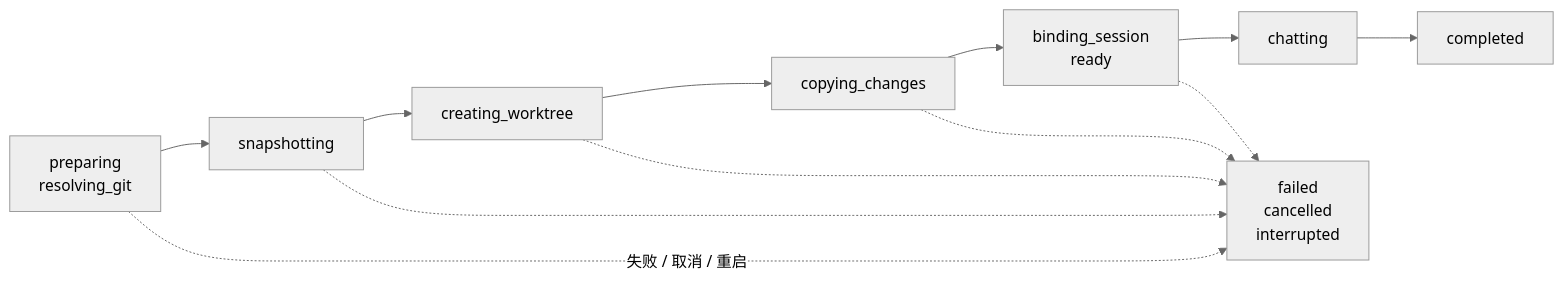
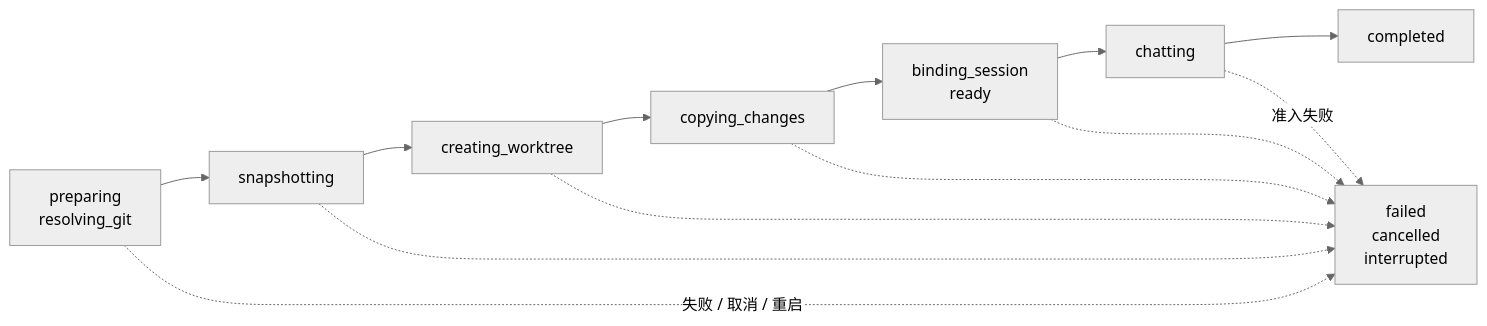
The fourth of 4 diagrams in docs/architecture/agent/worktree.md (shiwenwen/hope-agent), drawn with Mermaid (neutral theme) before and after one commit. The commit also changed other lines of this file and 9 other files, not shown here.

````diff
--- a/docs/architecture/agent/worktree.md
+++ b/docs/architecture/agent/worktree.md
@@ -257,14 +257,15 @@
 ```mermaid
 flowchart LR
     P["preparing<br/>resolving_git"] --> S["snapshotting"]
     S --> C["creating_worktree"]
     C --> CP["copying_changes"]
     CP --> B["binding_session<br/>ready"]
     B --> CH["chatting"]
     CH --> DONE["completed"]
+    CH -. 准入失败 .-> T
     P -. 失败 / 取消 / 重启 .-> T["failed<br/>cancelled<br/>interrupted"]
     S -.-> T
     C -.-> T
     CP -.-> T
     B -.-> T
 ```
````
